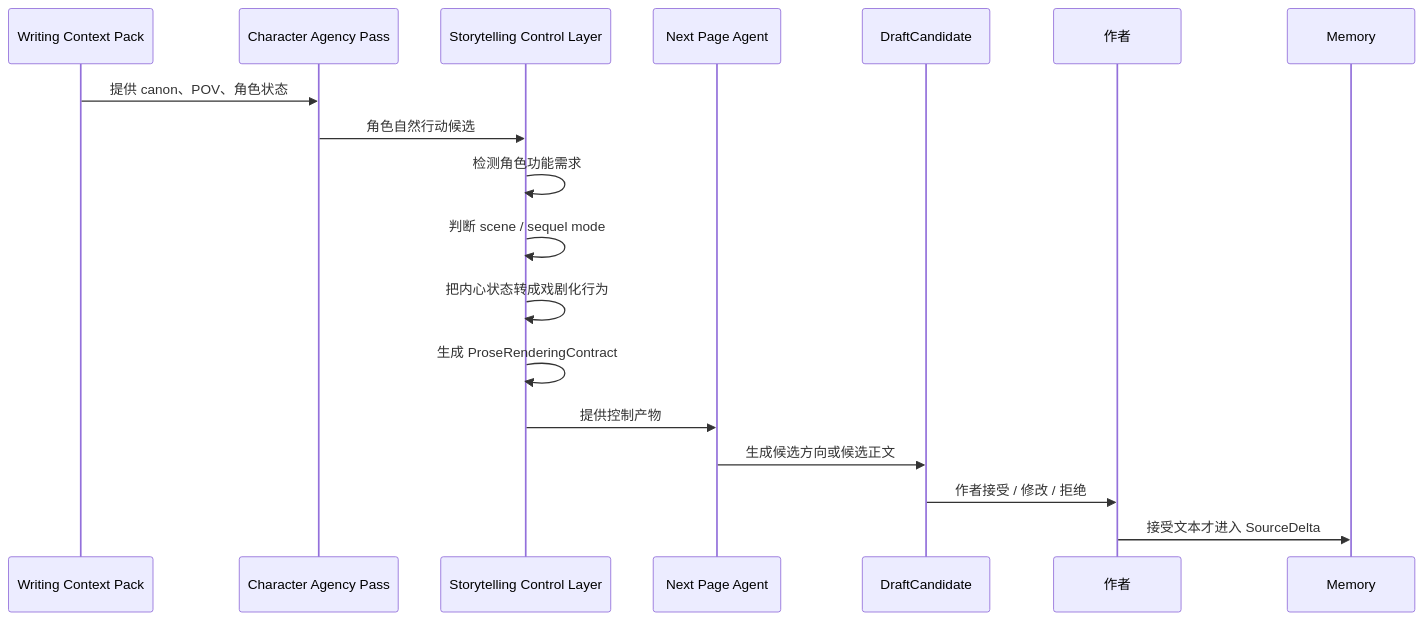
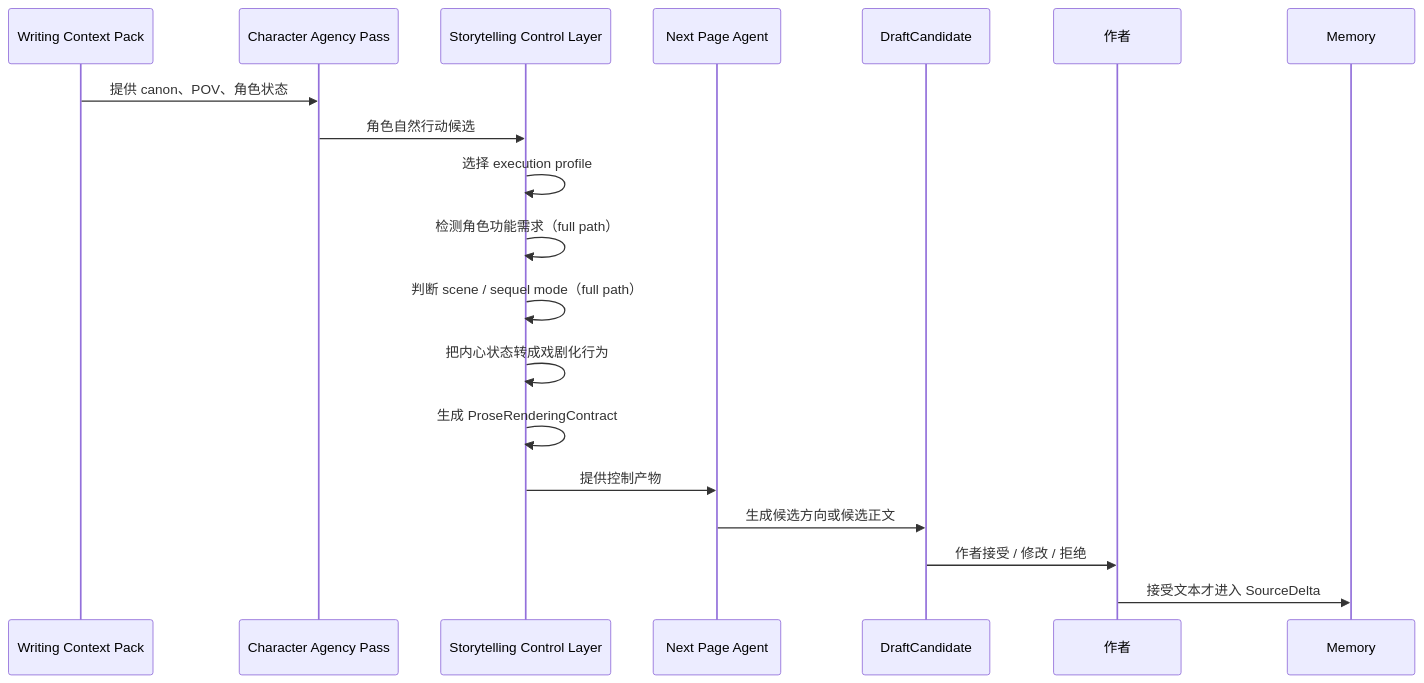
The third of 4 diagrams in goals/27-storytelling-control-layer.md (FrankQDWang/sextantlabs), drawn with Mermaid before and after one commit. The commit also changed other lines of this file, not shown here.

````diff
--- a/goals/27-storytelling-control-layer.md
+++ b/goals/27-storytelling-control-layer.md
@@ -91,21 +121,22 @@
 ```mermaid
 sequenceDiagram
     participant Pack as Writing Context Pack
     participant Agency as Character Agency Pass
     participant Story as Storytelling Control Layer
     participant Agent as Next Page Agent
     participant Draft as DraftCandidate
     participant Author as 作者
     participant Memory as Memory
 
     Pack->>Agency: 提供 canon、POV、角色状态
     Agency->>Story: 角色自然行动候选
-    Story->>Story: 检测角色功能需求
-    Story->>Story: 判断 scene / sequel mode
+    Story->>Story: 选择 execution profile
+    Story->>Story: 检测角色功能需求（full path）
+    Story->>Story: 判断 scene / sequel mode（full path）
     Story->>Story: 把内心状态转成戏剧化行为
     Story->>Story: 生成 ProseRenderingContract
     Story->>Agent: 提供控制产物
     Agent->>Draft: 生成候选方向或候选正文
     Draft->>Author: 作者接受 / 修改 / 拒绝
     Author->>Memory: 接受文本才进入 SourceDelta
 ```
````
